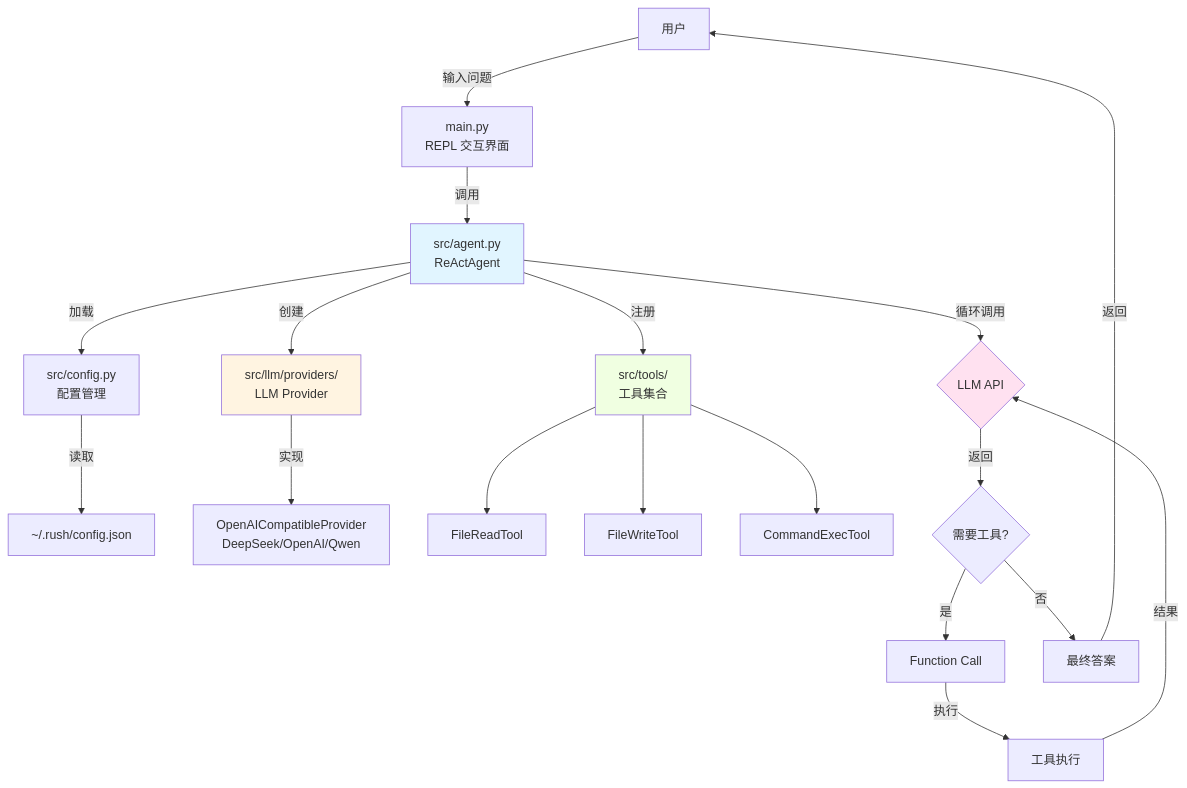
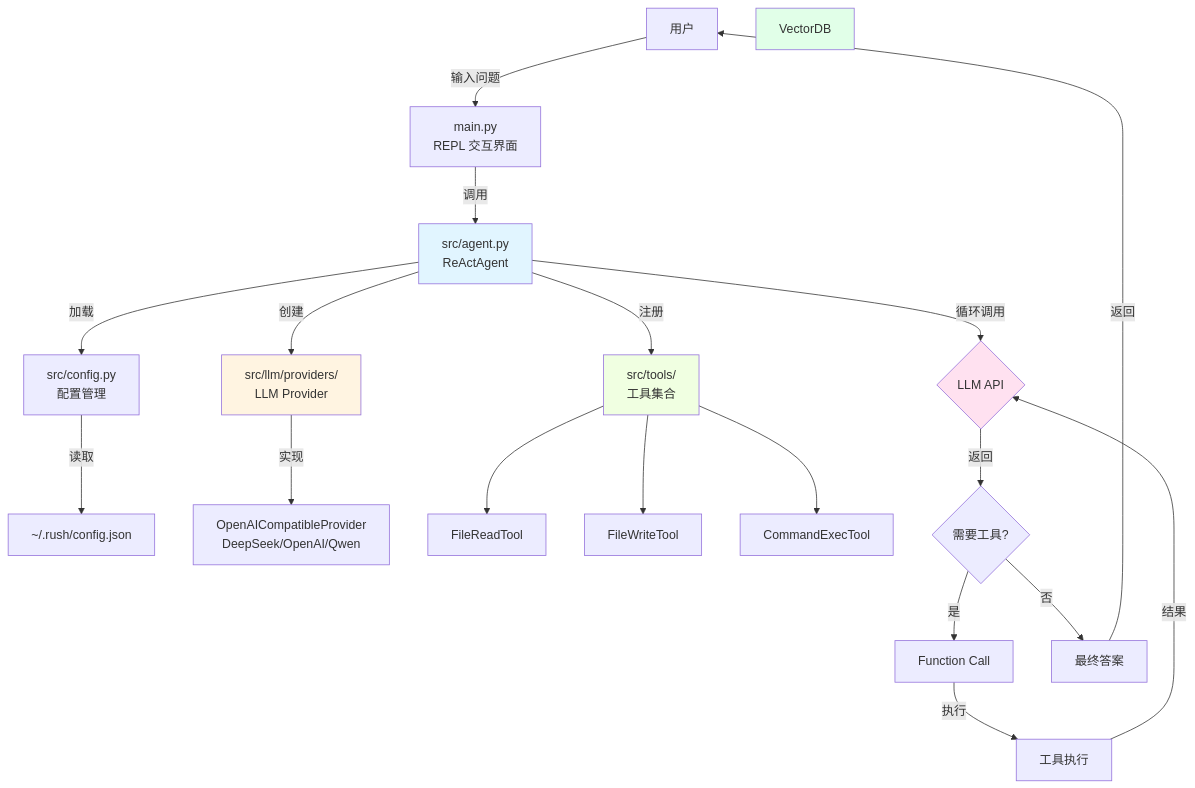
Before and after one commit to LukeLi-7/rush: the first of 2 diagrams in README.md, drawn with Mermaid. The commit also changed other lines of this file and 14 other files, not shown here.

````diff
--- a/README.md
+++ b/README.md
@@ -94,31 +153,32 @@
 ```mermaid
 graph TB
     User[用户] -->|输入问题| Main[main.py<br/>REPL 交互界面]
     Main -->|调用| Agent[src/agent.py<br/>ReActAgent]
     
     Agent -->|加载| Config[src/config.py<br/>配置管理]
     Config -->|读取| ConfigFile[~/.rush/config.json]
     
     Agent -->|创建| Provider[src/llm/providers/<br/>LLM Provider]
     Provider -->|实现| OpenAICompat[OpenAICompatibleProvider<br/>DeepSeek/OpenAI/Qwen]
     
     Agent -->|注册| Tools[src/tools/<br/>工具集合]
     Tools --> FileRead[FileReadTool]
     Tools --> FileWrite[FileWriteTool]
     Tools --> CommandExec[CommandExecTool]
     
     Agent -->|循环调用| LLM{LLM API}
     LLM -->|返回| Decision{需要工具?}
     
     Decision -->|是| ToolCall[Function Call]
     ToolCall -->|执行| ToolExec[工具执行]
     ToolExec -->|结果| LLM
     
     Decision -->|否| FinalAnswer[最终答案]
     FinalAnswer -->|返回| User
     
     style Agent fill:#e1f5ff
     style Provider fill:#fff4e1
+    style VectorDB fill:#e1ffe8
     style Tools fill:#f0ffe1
     style LLM fill:#ffe1f0
 ```
````
